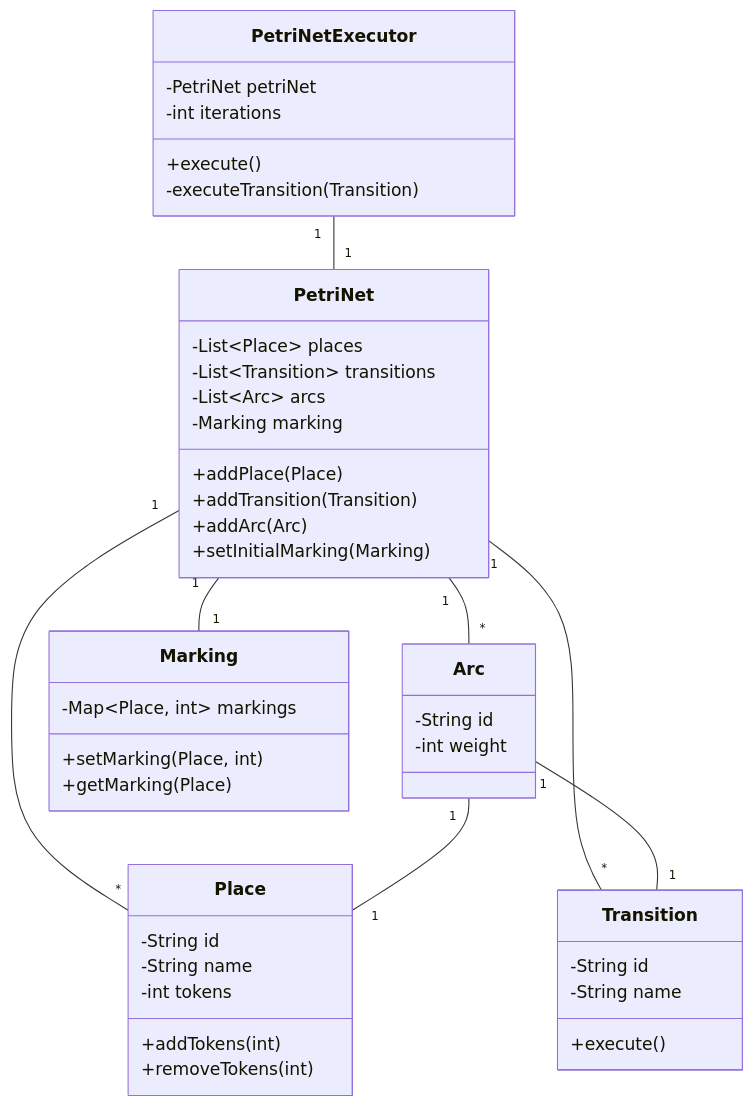
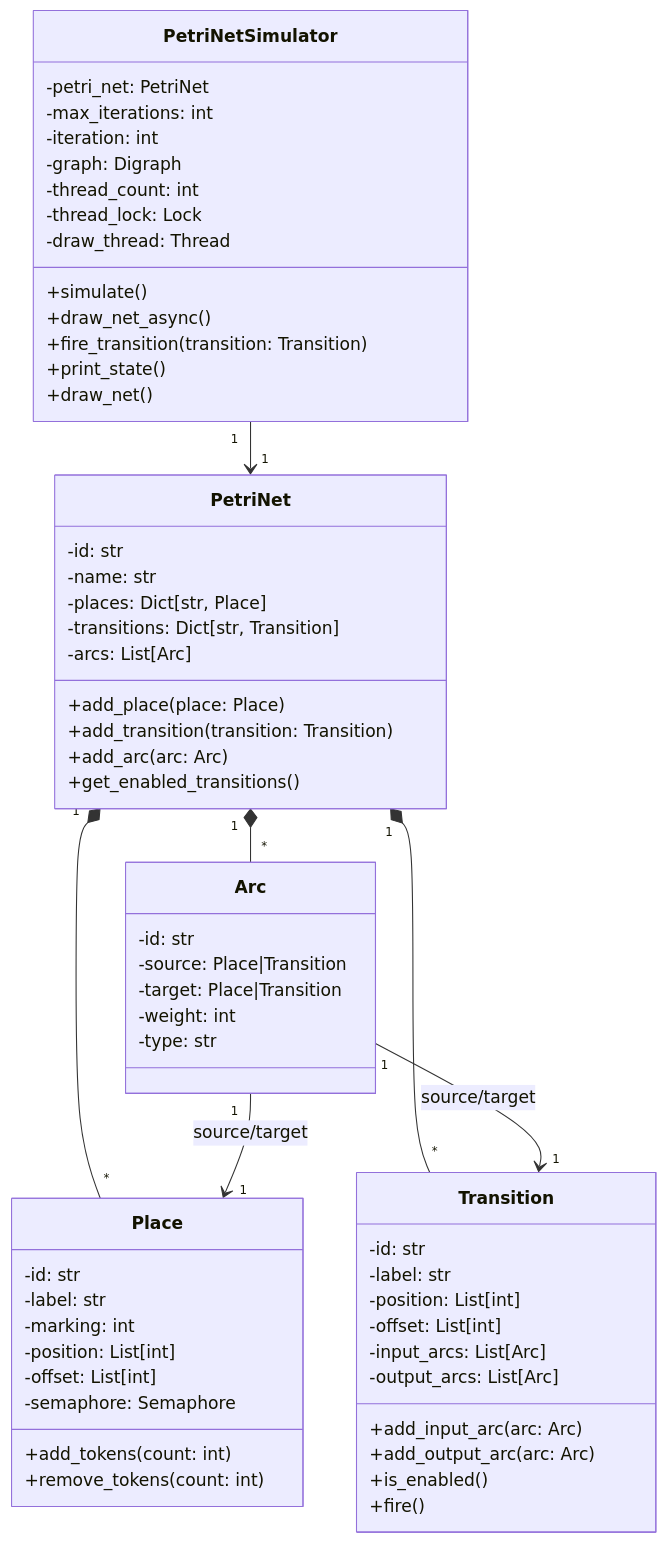
Before and after one commit to Leomconti/petri-nets: the first of 2 diagrams in README.md, drawn with Mermaid. The commit also changed other lines of this file and 1 other file, not shown here.

````diff
--- a/README.md
+++ b/README.md
@@ -3,47 +50,64 @@
 ```mermaid
 classDiagram
-    class Place {
-        -String id
-        -String name
-        -int tokens
-        +addTokens(int)
-        +removeTokens(int)
-    }
-    class Transition {
-        -String id
-        -String name
-        +execute()
-    }
-    class Arc {
-        -String id
-        -int weight
-    }
-    class Marking {
-        -Map~Place, int~ markings
-        +setMarking(Place, int)
-        +getMarking(Place)
-    }
-    class PetriNet {
-        -List~Place~ places
-        -List~Transition~ transitions
-        -List~Arc~ arcs
-        -Marking marking
-        +addPlace(Place)
-        +addTransition(Transition)
-        +addArc(Arc)
-        +setInitialMarking(Marking)
-    }
-    class PetriNetExecutor {
-        -PetriNet petriNet
-        -int iterations
-        +execute()
-        -executeTransition(Transition)
-    }
-    PetriNet "1" -- "*" Place
-    PetriNet "1" -- "*" Transition
-    PetriNet "1" -- "*" Arc
-    PetriNet "1" -- "1" Marking
-    Arc "1" -- "1" Place
-    Arc "1" -- "1" Transition
-    PetriNetExecutor "1" -- "1" PetriNet
+class PetriNet {
+-id: str
+-name: str
+-places: Dict[str, Place]
+-transitions: Dict[str, Transition]
+-arcs: List[Arc]
++add_place(place: Place)
++add_transition(transition: Transition)
++add_arc(arc: Arc)
++get_enabled_transitions()
+}
+class Place {
+-id: str
+-label: str
+-marking: int
+-position: List[int]
+-offset: List[int]
+-semaphore: Semaphore
++add_tokens(count: int)
++remove_tokens(count: int)
+}
+class Transition {
+-id: str
+-label: str
+-position: List[int]
+-offset: List[int]
+-input_arcs: List[Arc]
+-output_arcs: List[Arc]
++add_input_arc(arc: Arc)
++add_output_arc(arc: Arc)
++is_enabled()
++fire()
+}
+class Arc {
+-id: str
+-source: Place|Transition
+-target: Place|Transition
+-weight: int
+-type: str
+}
+class PetriNetSimulator {
+-petri_net: PetriNet
+-max_iterations: int
+-iteration: int
+-graph: Digraph
+-thread_count: int
+-thread_lock: Lock
+-draw_thread: Thread
++simulate()
++draw_net_async()
++fire_transition(transition: Transition)
++print_state()
++draw_net()
+}
+
+    PetriNet "1" *-- "*" Place
+    PetriNet "1" *-- "*" Transition
+    PetriNet "1" *-- "*" Arc
+    Arc "1" --> "1" Place : source/target
+    Arc "1" --> "1" Transition : source/target
+    PetriNetSimulator "1" --> "1" PetriNet
 ```
````
